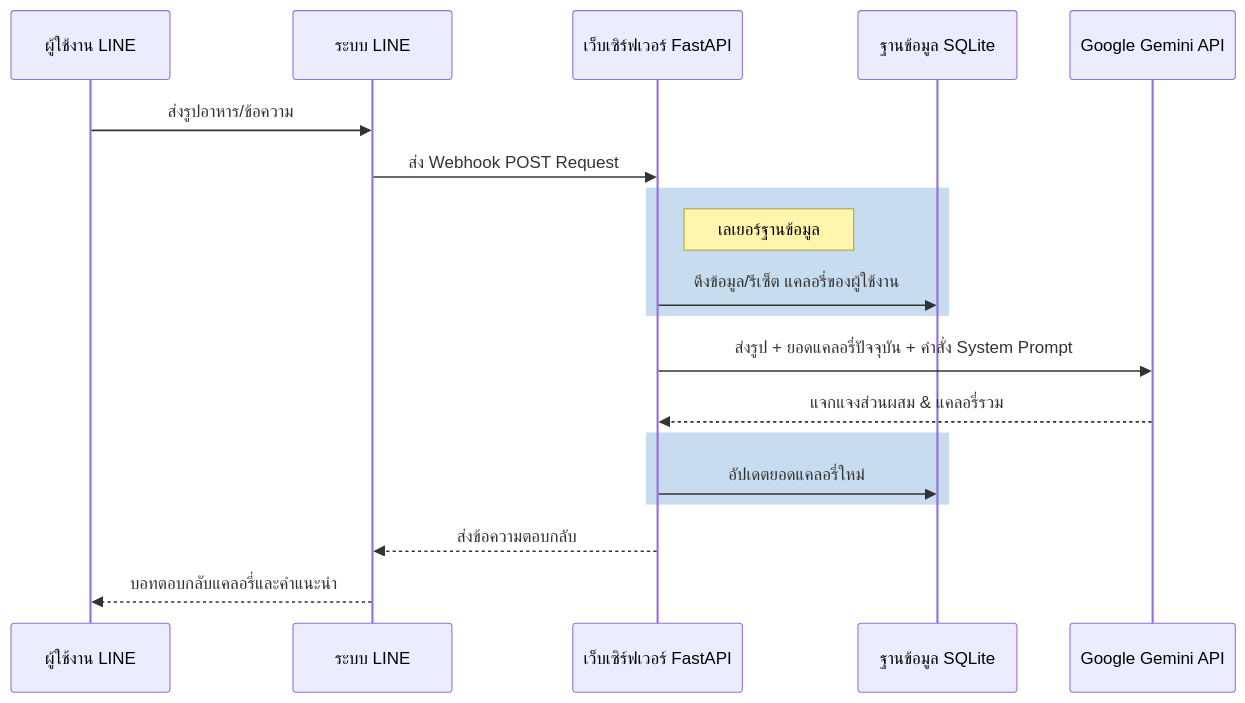
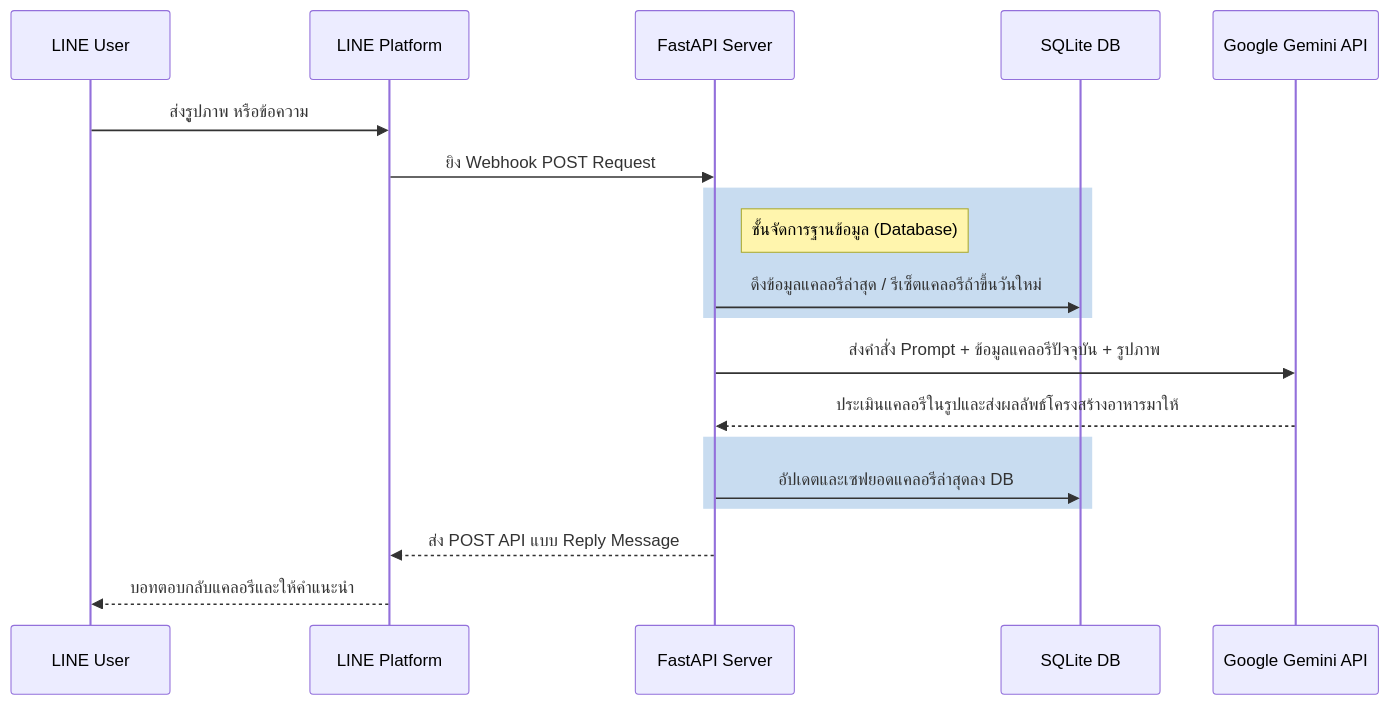
Before and after one commit to welltilln/howmanycals: the diagram in README-TH.md, drawn with Mermaid. The commit also changed other lines of this file and 3 other files, not shown here.

````diff
--- a/README-TH.md
+++ b/README-TH.md
@@ -50,26 +50,26 @@
 ```mermaid
 sequenceDiagram
-    participant User as ผู้ใช้งาน LINE
-    participant LINE as ระบบ LINE
-    participant App as เว็บเซิร์ฟเวอร์ FastAPI
-    participant DB as ฐานข้อมูล SQLite
+    participant User as LINE User
+    participant LINE as LINE Platform
+    participant App as FastAPI Server
+    participant DB as SQLite DB
     participant Gemini as Google Gemini API
 
-    User->>LINE: ส่งรูปอาหาร/ข้อความ
-    LINE->>App: ส่ง Webhook POST Request
+    User->>LINE: ส่งรููปภาพ หรือข้อความ
+    LINE->>App: ยิง Webhook POST Request
     
     rect rgb(200, 220, 240)
-        Note right of App: เลเยอร์ฐานข้อมูล
-        App->>DB: ดึงข้อมูล/รีเซ็ต แคลอรี่ของผู้ใช้งาน
+        Note right of App: ชั้นจัดการฐานข้อมูล (Database)
+        App->>DB: ดึงข้อมูลแคลอรีล่าสุด / รีเซ็ตแคลอรีถ้าขึ้นวันใหม่
     end
 
-    App->>Gemini: ส่งรูป + ยอดแคลอรี่ปัจจุบัน + คำสั่ง System Prompt
-    Gemini-->>App: แจกแจงส่วนผสม & แคลอรี่รวม
+    App->>Gemini: ส่งคำสั่ง Prompt + ข้อมูลแคลอรีปัจจุบัน + รูปภาพ 
+    Gemini-->>App: ประเมินแคลอรีในรูปและส่งผลลัพธ์โครงสร้างอาหารมาให้
     
     rect rgb(200, 220, 240)
-        App->>DB: อัปเดตยอดแคลอรี่ใหม่
+        App->>DB: อัปเดตและเซฟยอดแคลอรีล่าสุดลง DB
     end
 
-    App-->>LINE: ส่งข้อความตอบกลับ
-    LINE-->>User: บอทตอบกลับแคลอรี่และคำแนะนำ
+    App-->>LINE: ส่ง POST API แบบ Reply Message
+    LINE-->>User: บอทตอบกลับแคลอรีและให้คำแนะนำ
 ```
````
